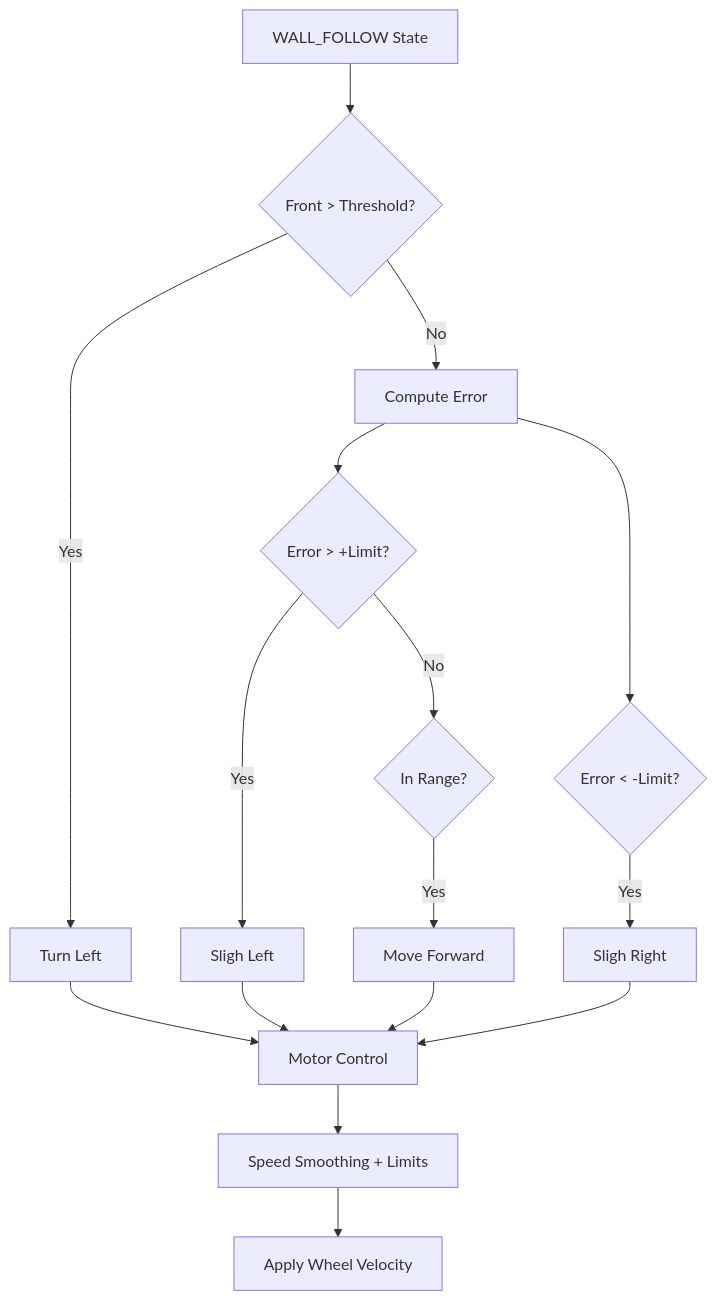
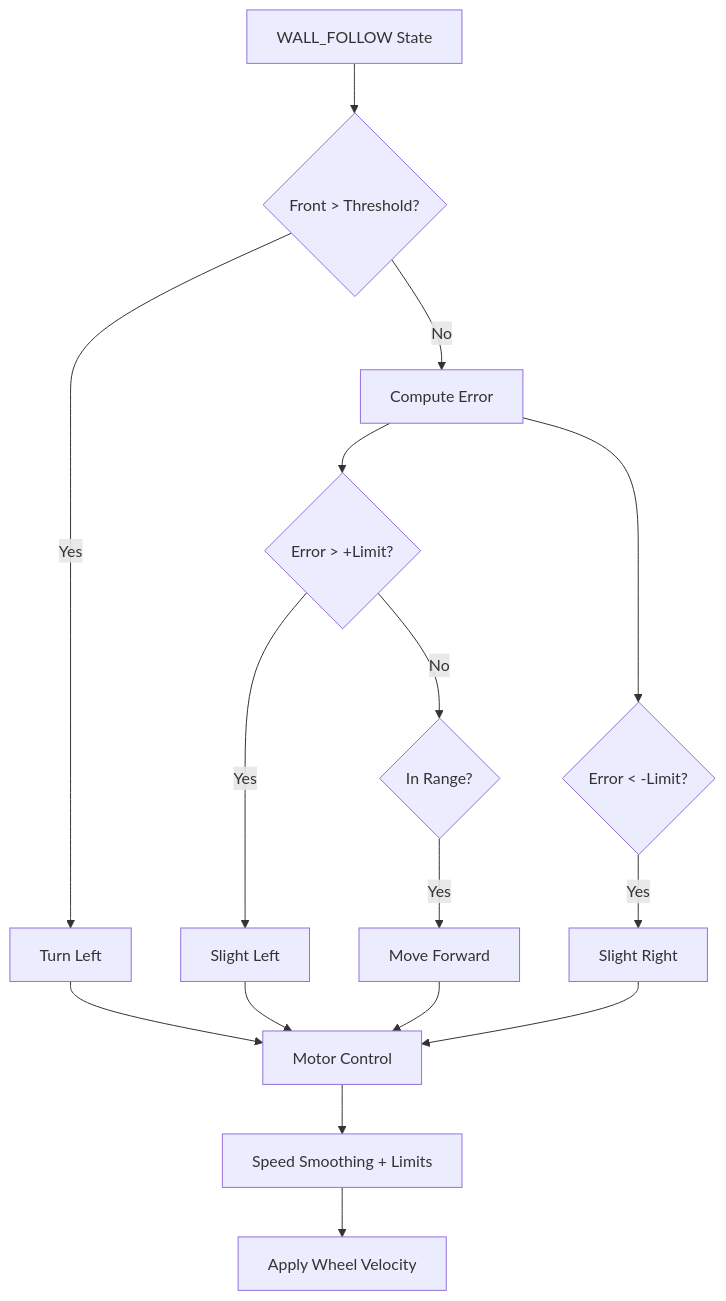
The diagram in diagrams/wall_following_control.md (cherry4049/OL4), drawn with Mermaid before and after one commit.

````diff
--- a/diagrams/wall_following_control.md
+++ b/diagrams/wall_following_control.md
@@ -1,25 +1,25 @@
 ```mermaid
 flowchart TD
 
 A[WALL_FOLLOW State] --> B{Front > Threshold?}
 
 B -- Yes --> C[Turn Left]
 B -- No --> D[Compute Error]
 
 D --> E{Error > +Limit?}
 D --> F{Error < -Limit?}
 
-E -- Yes --> G[Sligh Left]
-F -- Yes --> H[Sligh Right]
+E -- Yes --> G[Slight Left]
+F -- Yes --> H[Slight Right]
 E -- No --> I{In Range?}
 
 I -- Yes --> J[Move Forward]
 
 C --> K[Motor Control]
 G --> K
 H --> K
 J --> K
 
 K --> L[Speed Smoothing + Limits]
 L --> M[Apply Wheel Velocity]
 ```
````
